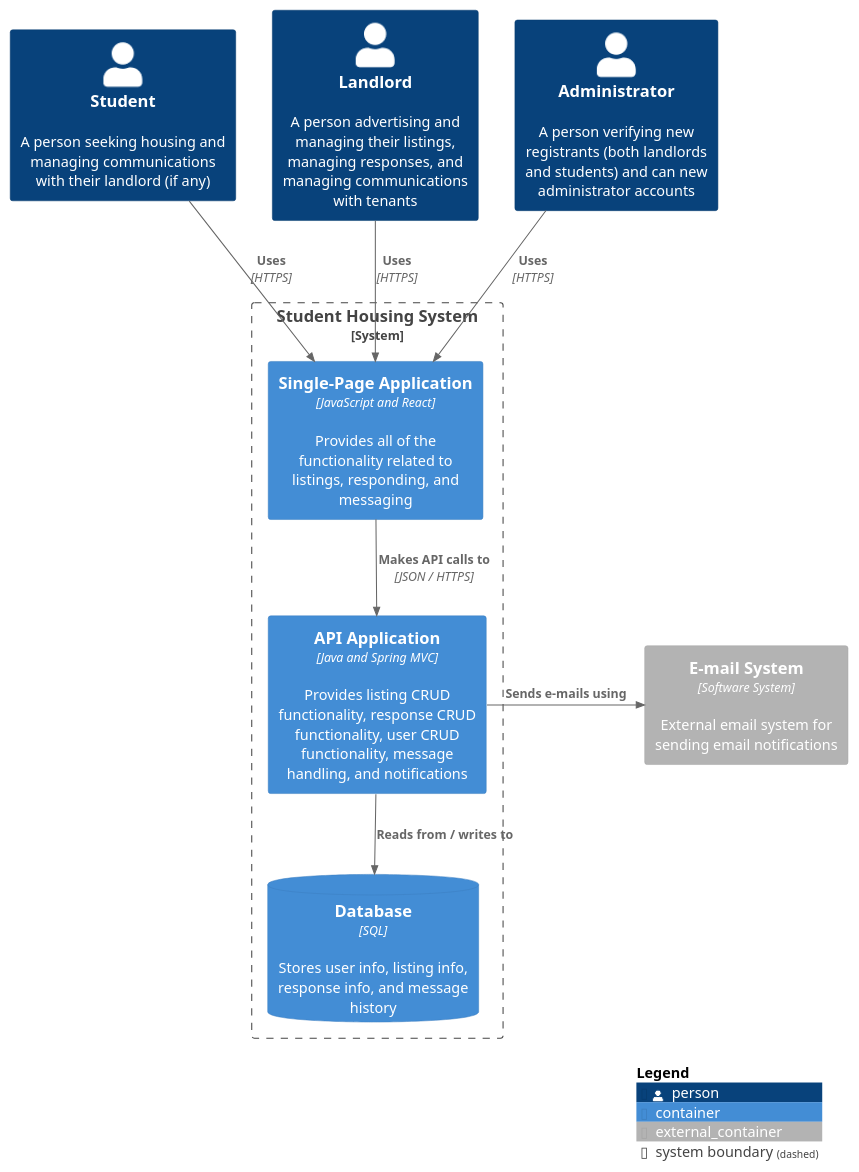
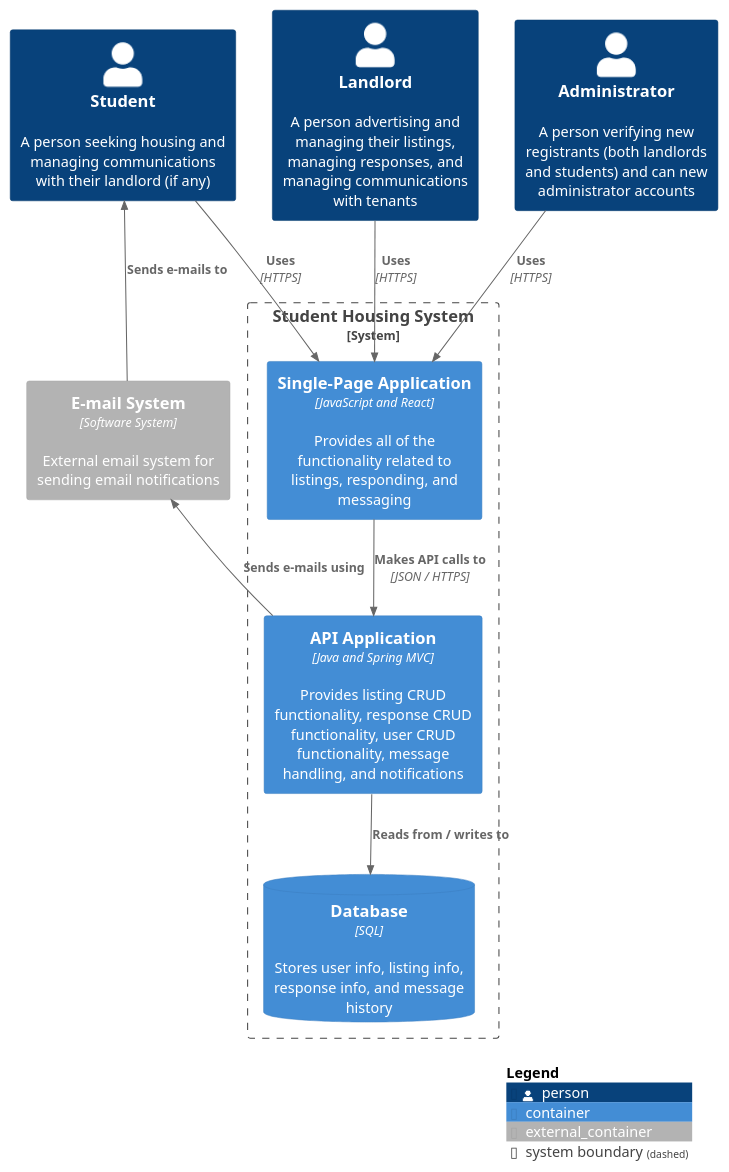
One commit to lex-kort/s3-roomies-backend changed the diagram in docs/uml-diagrams/c2-diagram.puml. Above: the diagram before and after it, drawn with PlantUML. The commit also changed 3 other files, not shown here.

Commit message:
- Update C4 Diagrams - Modify CORS header

```diff
--- a/docs/uml-diagrams/c2-diagram.puml
+++ b/docs/uml-diagrams/c2-diagram.puml
@@ -1,25 +1,26 @@
 @startuml "C2 Diagram"
 !include https://raw.githubusercontent.com/plantuml-stdlib/C4-PlantUML/master/C4_Container.puml
 
 Person(student, "Student", "A person seeking housing and managing communications with their landlord (if any)")
 Person(landlord, "Landlord", "A person advertising and managing their listings, managing responses, and managing communications with tenants")
 Person(admin, "Administrator", "A person verifying new registrants (both landlords and students) and can new administrator accounts")
 
 System_Boundary(c2,  "Student Housing System", "Software System"){
     Container(sp_app, "Single-Page Application", "JavaScript and React", "Provides all of the functionality related to listings, responding, and messaging")
     Container(api_app, "API Application", "Java and Spring MVC", "Provides listing CRUD functionality, response CRUD functionality, user CRUD functionality, message handling, and notifications")
     ContainerDb(db, "Database", "SQL", "Stores user info, listing info, response info, and message history")
 }
 
 Container_Ext(mail_serv, "E-mail System", "Software System", "External email system for sending email notifications")
 
 Rel(student, sp_app, "Uses", "HTTPS") /'Views listings, responds to listings, and messages landlords using'/
 Rel(landlord, sp_app, "Uses", "HTTPS") /'Views listings, responds to listings, and messages landlords using'/
 Rel(admin, sp_app, "Uses", "HTTPS")
 
 Rel(sp_app, api_app, "Makes API calls to", "JSON / HTTPS")
 Rel(api_app, db, "Reads from / writes to")
-Rel_R(api_app, mail_serv, "Sends e-mails using")
+Rel_L(api_app, mail_serv, "Sends e-mails using")
+Rel_U(mail_serv, student, "Sends e-mails to")
 
 SHOW_LEGEND()
 @enduml
```
